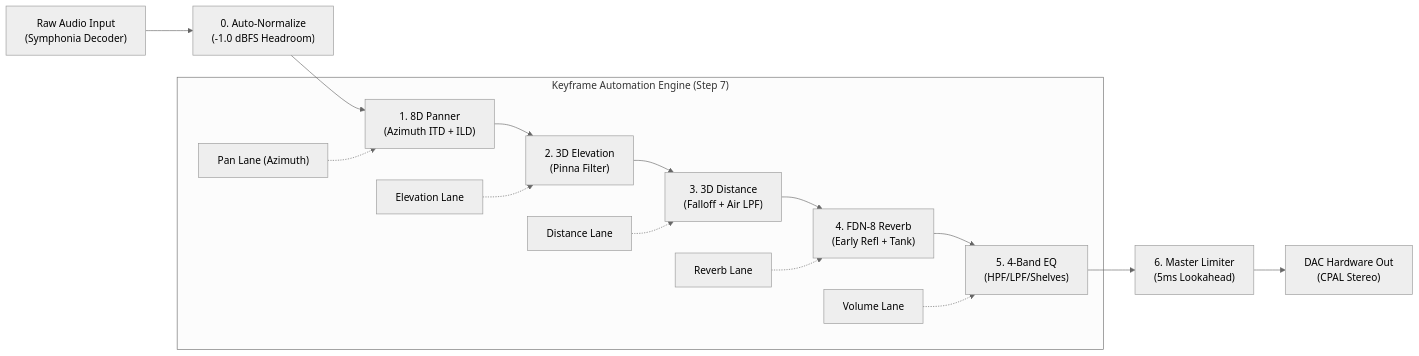
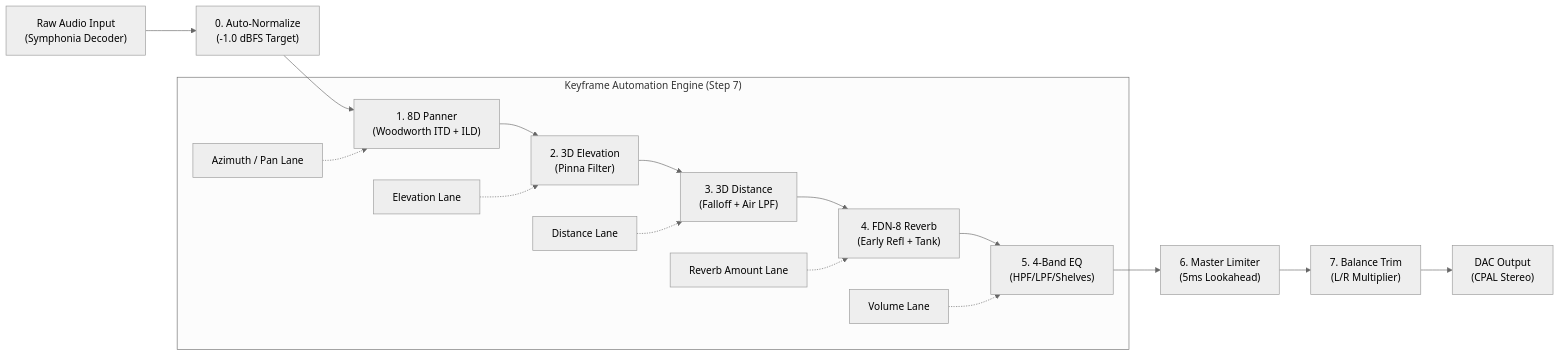
One commit to HaiCLOP/Orbiter changed the diagram in README.md. Above: the diagram before and after it, drawn with Mermaid (neutral theme). The commit also changed other lines of this file and 8 other files, not shown here.

````diff
--- a/README.md
+++ b/README.md
@@ -52,19 +78,20 @@
 ```mermaid
 flowchart LR
-    A["Raw Audio Input\n(Symphonia Decoder)"] --> B["0. Auto-Normalize\n(-1.0 dBFS Headroom)"]
-    B --> C["1. 8D Panner\n(Azimuth ITD + ILD)"]
+    A["Raw Audio Input\n(Symphonia Decoder)"] --> B["0. Auto-Normalize\n(-1.0 dBFS Target)"]
+    B --> C["1. 8D Panner\n(Woodworth ITD + ILD)"]
     C --> D["2. 3D Elevation\n(Pinna Filter)"]
     D --> E["3. 3D Distance\n(Falloff + Air LPF)"]
     E --> F["4. FDN-8 Reverb\n(Early Refl + Tank)"]
     F --> G["5. 4-Band EQ\n(HPF/LPF/Shelves)"]
     G --> H["6. Master Limiter\n(5ms Lookahead)"]
-    H --> I["DAC Hardware Out\n(CPAL Stereo)"]
+    H --> I["7. Balance Trim\n(L/R Multiplier)"]
+    I --> J["DAC Output\n(CPAL Stereo)"]
     
     subgraph AutomationEngine ["Keyframe Automation Engine (Step 7)"]
-        K1["Pan Lane (Azimuth)"] -.-> C
+        K1["Azimuth / Pan Lane"] -.-> C
         K2["Elevation Lane"] -.-> D
         K3["Distance Lane"] -.-> E
-        K4["Reverb Lane"] -.-> F
+        K4["Reverb Amount Lane"] -.-> F
         K5["Volume Lane"] -.-> G
     end
 ```
````
